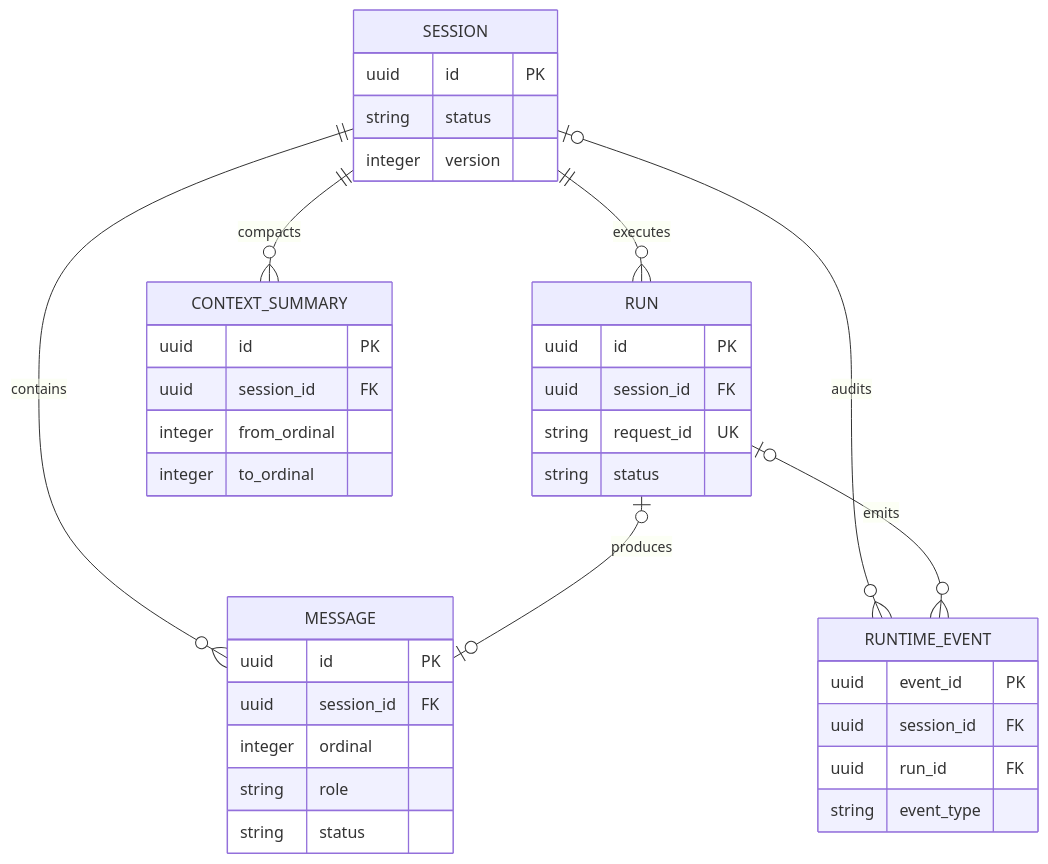
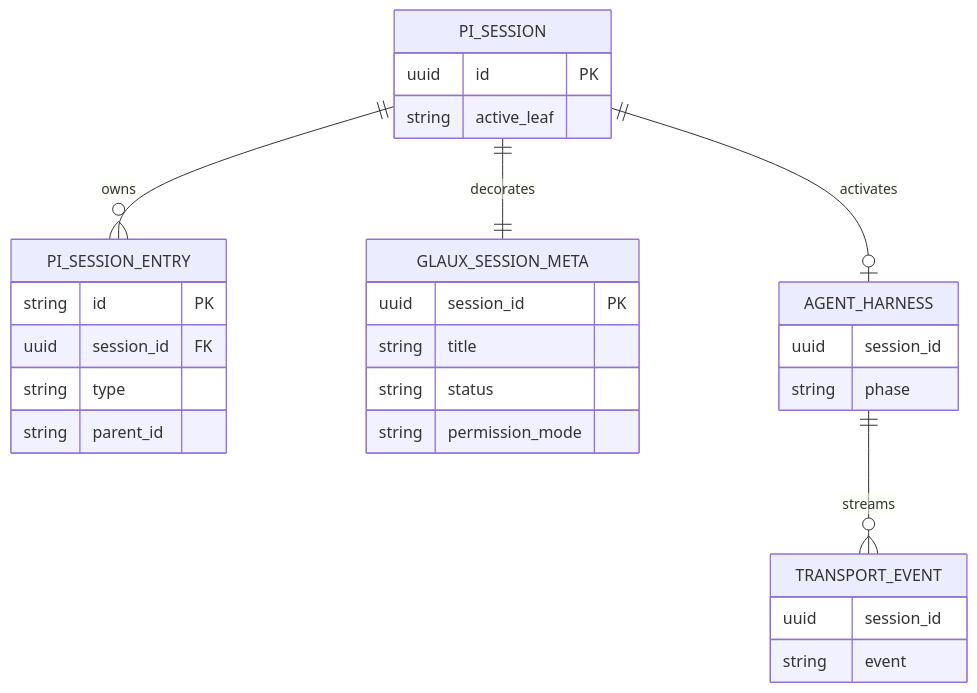
Before and after one commit to zhentai-sn/open-glaux: the fifth of 5 diagrams in docs/sdd/feats/00-reference-agent-conversations/README.md, drawn with Mermaid. The commit also changed other lines of this file, not shown here.

Commit message:
docs(sdd): align agent runtime with pi harness

````diff
--- a/docs/sdd/feats/00-reference-agent-conversations/README.md
+++ b/docs/sdd/feats/00-reference-agent-conversations/README.md
@@ -450,40 +389,32 @@
 ```mermaid
 erDiagram
-    SESSION ||--o{ MESSAGE : contains
-    SESSION ||--o{ RUN : executes
-    SESSION ||--o{ CONTEXT_SUMMARY : compacts
-    SESSION o|--o{ RUNTIME_EVENT : audits
-    RUN o|--o{ RUNTIME_EVENT : emits
-    RUN o|--o| MESSAGE : produces
+    PI_SESSION ||--o{ PI_SESSION_ENTRY : owns
+    PI_SESSION ||--|| GLAUX_SESSION_META : decorates
+    PI_SESSION ||--o| AGENT_HARNESS : activates
+    AGENT_HARNESS ||--o{ TRANSPORT_EVENT : streams
 
-    SESSION {
+    PI_SESSION {
         uuid id PK
+        string active_leaf
+    }
+    PI_SESSION_ENTRY {
+        string id PK
+        uuid session_id FK
+        string type
+        string parent_id
+    }
+    GLAUX_SESSION_META {
+        uuid session_id PK
+        string title
         string status
-        integer version
+        string permission_mode
     }
-    MESSAGE {
-        uuid id PK
-        uuid session_id FK
-        integer ordinal
-        string role
-        string status
+    AGENT_HARNESS {
+        uuid session_id
+        string phase
     }
-    RUN {
-        uuid id PK
-        uuid session_id FK
-        string request_id UK
-        string status
-    }
-    CONTEXT_SUMMARY {
-        uuid id PK
-        uuid session_id FK
-        integer from_ordinal
-        integer to_ordinal
-    }
-    RUNTIME_EVENT {
-        uuid event_id PK
-        uuid session_id FK
-        uuid run_id FK
-        string event_type
+    TRANSPORT_EVENT {
+        uuid session_id
+        string event
     }
 ```
````
